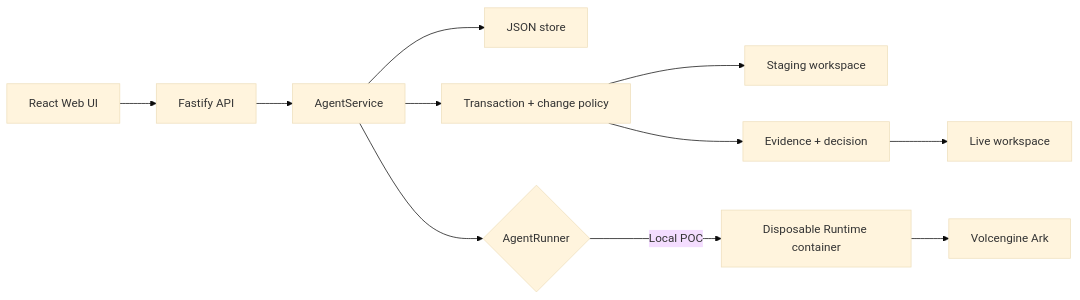
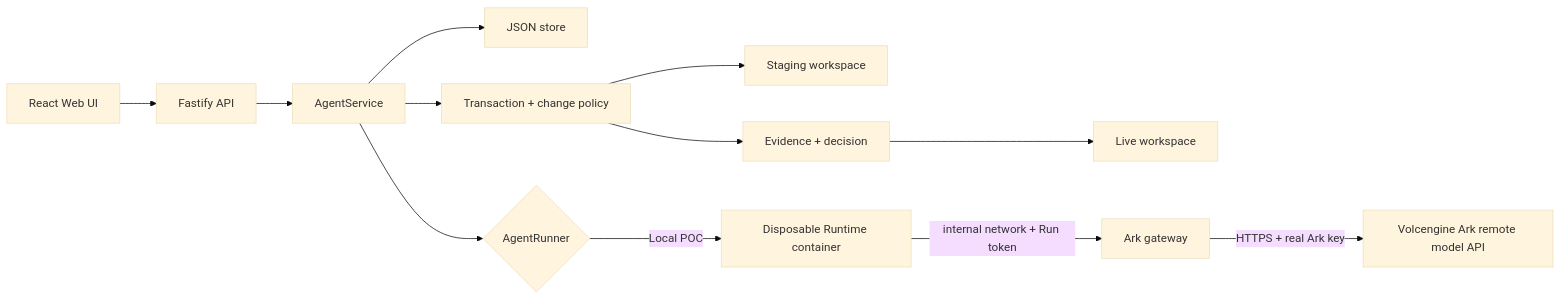
Before and after one commit to 0necloud/TechJam: the diagram in docs/ARCHITECTURE.md, drawn with Mermaid (base theme). The commit also changed other lines of this file and 28 other files, not shown here.

Commit message:
feat(security): add Ark-only egress gateway

````diff
--- a/docs/ARCHITECTURE.md
+++ b/docs/ARCHITECTURE.md
@@ -5,13 +5,14 @@
 ```mermaid
 flowchart LR
     UI["React Web UI"] --> API["Fastify API"]
     API --> Service["AgentService"]
     Service --> Store["JSON store"]
     Service --> Transaction["Transaction + change policy"]
     Transaction --> Workspace["Staging workspace"]
     Service --> Runner{"AgentRunner"}
     Runner -->|Local POC| Container["Disposable Runtime container"]
-    Container --> Ark["Volcengine Ark"]
+    Container -->|internal network + Run token| Gateway["Ark gateway"]
+    Gateway -->|HTTPS + real Ark key| Ark["Volcengine Ark remote model API"]
     Transaction --> Review["Evidence + decision"]
     Review --> Live["Live workspace"]
 ```
````
